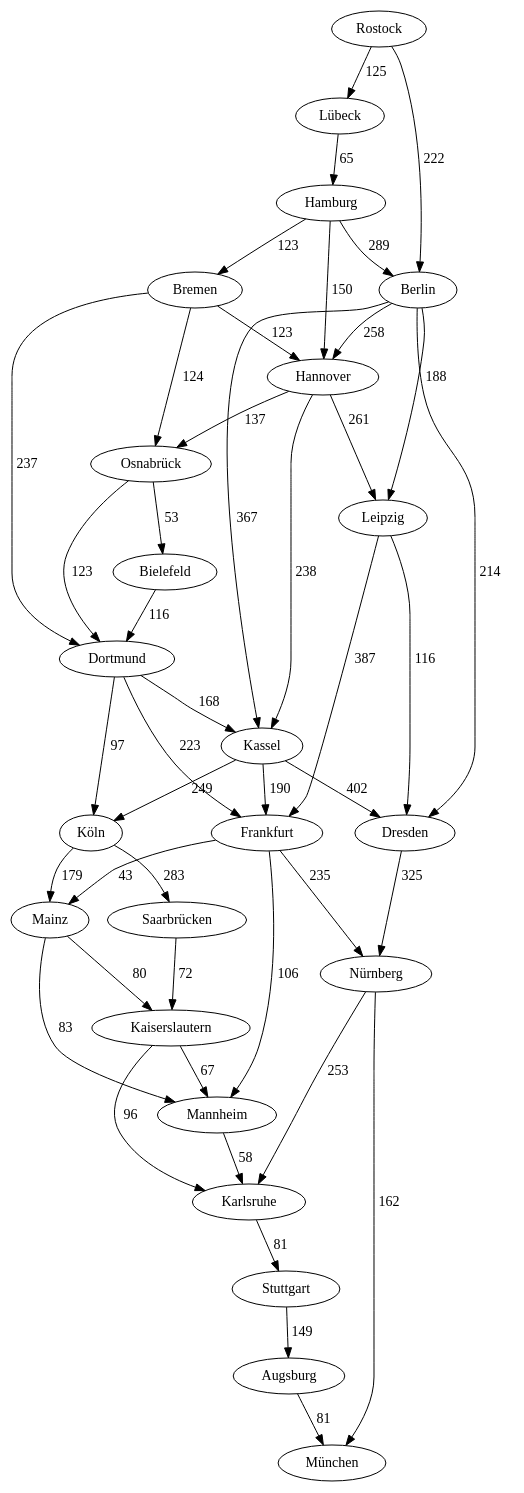
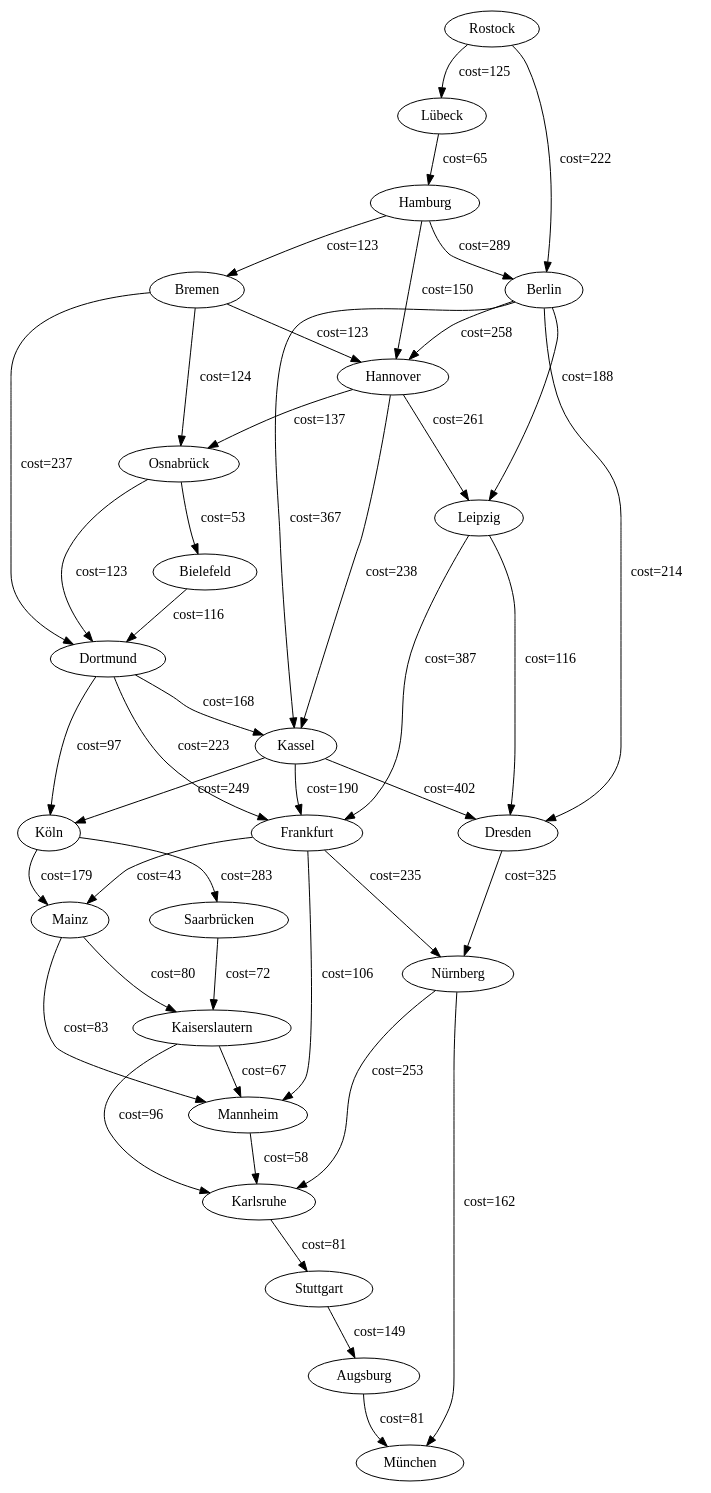
One commit to MaxPower9001/B-AI3GKAP changed the diagram in io/graph_08.dot. Above: the diagram before and after it, drawn with Graphviz. The commit also changed 20 other files, not shown here.

```diff
--- a/io/graph_08.dot
+++ b/io/graph_08.dot
@@ -1,70 +1,70 @@
 digraph graph_08
 {
 Augsburg
 München
 Berlin
 Dresden
 Hannover
 Kassel
 Leipzig
 Bielefeld
 Dortmund
 Bremen
 Osnabrück
 Frankfurt
 Köln
 Nürnberg
 Mainz
 Mannheim
 Hamburg
 Kaiserslautern
 Karlsruhe
 Stuttgart
 Saarbrücken
 Lübeck
 Rostock
-Augsburg -> München [label="81  "]
-Berlin -> Dresden [label="214  "]
-Berlin -> Hannover [label="258  "]
-Berlin -> Kassel [label="367  "]
-Berlin -> Leipzig [label="188  "]
-Dresden -> Nürnberg [label="325  "]
-Hannover -> Kassel [label="238  "]
-Hannover -> Leipzig [label="261  "]
-Hannover -> Osnabrück [label="137  "]
-Kassel -> Dresden [label="402  "]
-Kassel -> Frankfurt [label="190  "]
-Kassel -> Köln [label="249  "]
-Leipzig -> Dresden [label="116  "]
-Leipzig -> Frankfurt [label="387  "]
-Bielefeld -> Dortmund [label="116  "]
-Dortmund -> Kassel [label="168  "]
-Dortmund -> Frankfurt [label="223  "]
-Dortmund -> Köln [label="97  "]
-Bremen -> Hannover [label="123  "]
-Bremen -> Dortmund [label="237  "]
-Bremen -> Osnabrück [label="124  "]
-Osnabrück -> Bielefeld [label="53  "]
-Osnabrück -> Dortmund [label="123  "]
-Frankfurt -> Nürnberg [label="235  "]
-Frankfurt -> Mainz [label="43  "]
-Frankfurt -> Mannheim [label="106  "]
-Köln -> Mainz [label="179  "]
-Köln -> Saarbrücken [label="283  "]
-Nürnberg -> München [label="162  "]
-Nürnberg -> Karlsruhe [label="253  "]
-Mainz -> Mannheim [label="83  "]
-Mainz -> Kaiserslautern [label="80  "]
-Mannheim -> Karlsruhe [label="58  "]
-Hamburg -> Berlin [label="289  "]
-Hamburg -> Hannover [label="150  "]
-Hamburg -> Bremen [label="123  "]
-Kaiserslautern -> Mannheim [label="67  "]
-Kaiserslautern -> Karlsruhe [label="96  "]
-Karlsruhe -> Stuttgart [label="81  "]
-Stuttgart -> Augsburg [label="149  "]
-Saarbrücken -> Kaiserslautern [label="72  "]
-Lübeck -> Hamburg [label="65  "]
-Rostock -> Berlin [label="222  "]
-Rostock -> Lübeck [label="125  "]
+Augsburg -> München [label="cost=81  "]
+Berlin -> Dresden [label="cost=214  "]
+Berlin -> Hannover [label="cost=258  "]
+Berlin -> Kassel [label="cost=367  "]
+Berlin -> Leipzig [label="cost=188  "]
+Dresden -> Nürnberg [label="cost=325  "]
+Hannover -> Kassel [label="cost=238  "]
+Hannover -> Leipzig [label="cost=261  "]
+Hannover -> Osnabrück [label="cost=137  "]
+Kassel -> Dresden [label="cost=402  "]
+Kassel -> Frankfurt [label="cost=190  "]
+Kassel -> Köln [label="cost=249  "]
+Leipzig -> Dresden [label="cost=116  "]
+Leipzig -> Frankfurt [label="cost=387  "]
+Bielefeld -> Dortmund [label="cost=116  "]
+Dortmund -> Kassel [label="cost=168  "]
+Dortmund -> Frankfurt [label="cost=223  "]
+Dortmund -> Köln [label="cost=97  "]
+Bremen -> Hannover [label="cost=123  "]
+Bremen -> Dortmund [label="cost=237  "]
+Bremen -> Osnabrück [label="cost=124  "]
+Osnabrück -> Bielefeld [label="cost=53  "]
+Osnabrück -> Dortmund [label="cost=123  "]
+Frankfurt -> Nürnberg [label="cost=235  "]
+Frankfurt -> Mainz [label="cost=43  "]
+Frankfurt -> Mannheim [label="cost=106  "]
+Köln -> Mainz [label="cost=179  "]
+Köln -> Saarbrücken [label="cost=283  "]
+Nürnberg -> München [label="cost=162  "]
+Nürnberg -> Karlsruhe [label="cost=253  "]
+Mainz -> Mannheim [label="cost=83  "]
+Mainz -> Kaiserslautern [label="cost=80  "]
+Mannheim -> Karlsruhe [label="cost=58  "]
+Hamburg -> Berlin [label="cost=289  "]
+Hamburg -> Hannover [label="cost=150  "]
+Hamburg -> Bremen [label="cost=123  "]
+Kaiserslautern -> Mannheim [label="cost=67  "]
+Kaiserslautern -> Karlsruhe [label="cost=96  "]
+Karlsruhe -> Stuttgart [label="cost=81  "]
+Stuttgart -> Augsburg [label="cost=149  "]
+Saarbrücken -> Kaiserslautern [label="cost=72  "]
+Lübeck -> Hamburg [label="cost=65  "]
+Rostock -> Berlin [label="cost=222  "]
+Rostock -> Lübeck [label="cost=125  "]
 }
```
